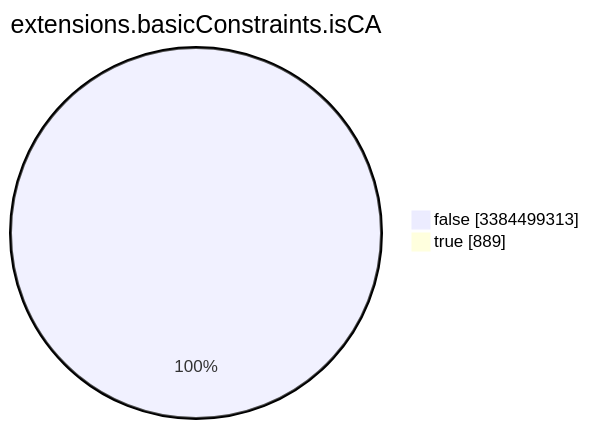
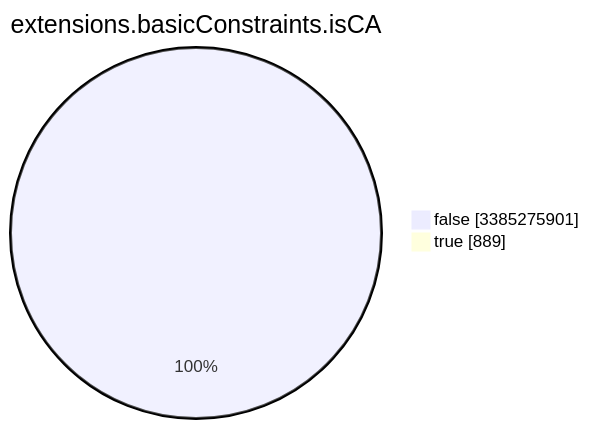
The seventh of 15 diagrams in TOTAL/README.md (christiankrug/ctmonitor_visualization), drawn with Mermaid before and after one commit. The commit also changed other lines of this file, not shown here.

````diff
--- a/TOTAL/README.md
+++ b/TOTAL/README.md
@@ -3090,6 +3090,6 @@
 ```mermaid
 pie showData
 title extensions.basicConstraints.isCA
-"false" :3384499313
+"false" :3385275901
 "true" :889
 ```
````
